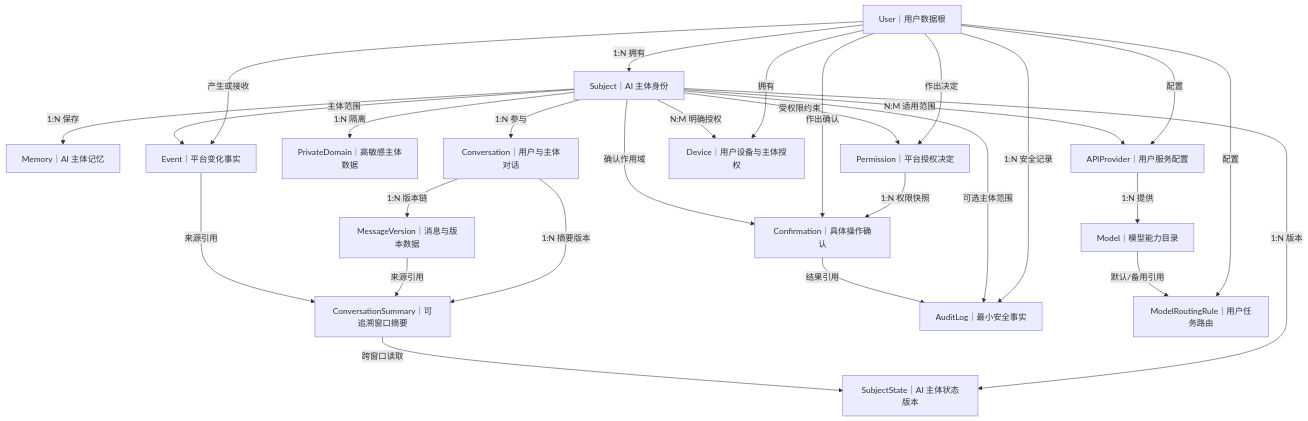
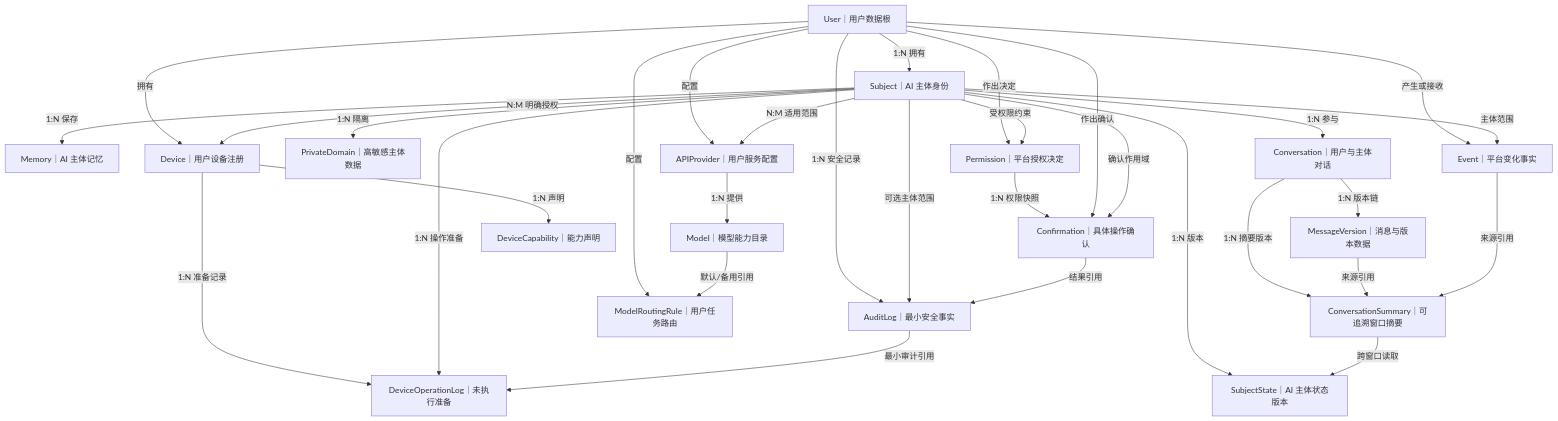
One commit to yuan69082-code/vio-live-frontend changed the second of 5 diagrams in docs/后端/数据关系图.md. Above: the diagram before and after it, drawn with Mermaid. The commit also changed other lines of this file and 32 other files, not shown here.

````diff
--- a/docs/后端/数据关系图.md
+++ b/docs/后端/数据关系图.md
@@ -222,47 +222,53 @@
 ```mermaid
 flowchart TD
     U["User｜用户数据根"]
     S["Subject｜AI 主体身份"]
     SS["SubjectState｜AI 主体状态版本"]
     M["Memory｜AI 主体记忆"]
     C["Conversation｜用户与主体对话"]
     MV["MessageVersion｜消息与版本数据"]
     CS["ConversationSummary｜可追溯窗口摘要"]
     PD["PrivateDomain｜高敏感主体数据"]
     E["Event｜平台变化事实"]
     P["Permission｜平台授权决定"]
     CF["Confirmation｜具体操作确认"]
     AL["AuditLog｜最小安全事实"]
-    D["Device｜用户设备与主体授权"]
+    D["Device｜用户设备注册"]
+    DC["DeviceCapability｜能力声明"]
+    DOL["DeviceOperationLog｜未执行准备"]
     A["APIProvider｜用户服务配置"]
     MO["Model｜模型能力目录"]
     MR["ModelRoutingRule｜用户任务路由"]
 
     U -->|"1:N 拥有"| S
     S -->|"1:N 版本"| SS
     S -->|"1:N 保存"| M
     S -->|"1:N 参与"| C
     C -->|"1:N 版本链"| MV
     C -->|"1:N 摘要版本"| CS
     MV -->|"来源引用"| CS
     E -->|"来源引用"| CS
     CS -->|"跨窗口读取"| SS
     S -->|"1:N 隔离"| PD
     U -->|"产生或接收"| E
     S -->|"主体范围"| E
     U -->|"作出决定"| P
     S -->|"受权限约束"| P
     P -->|"1:N 权限快照"| CF
     U -->|"作出确认"| CF
     S -->|"确认作用域"| CF
     U -->|"1:N 安全记录"| AL
     S -->|"可选主体范围"| AL
     CF -->|"结果引用"| AL
     U -->|"拥有"| D
     S -->|"N:M 明确授权"| D
+    D -->|"1:N 声明"| DC
+    D -->|"1:N 准备记录"| DOL
+    S -->|"1:N 操作准备"| DOL
+    AL -->|"最小审计引用"| DOL
     U -->|"配置"| A
     U -->|"配置"| MR
     A -->|"1:N 提供"| MO
     MO -->|"默认/备用引用"| MR
     S -->|"N:M 适用范围"| A
 ```
````
